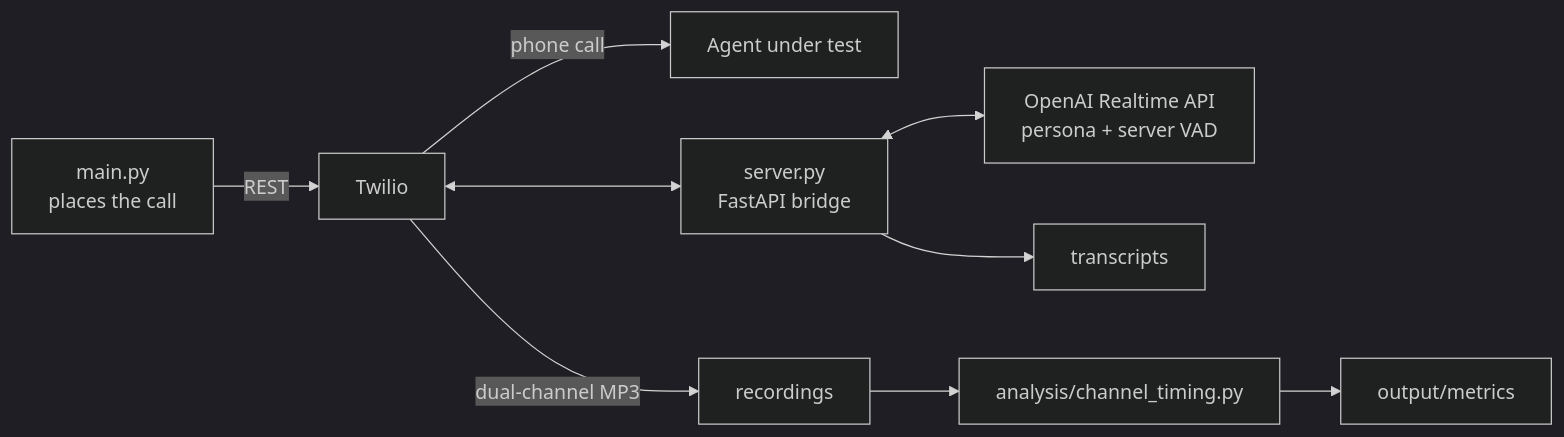
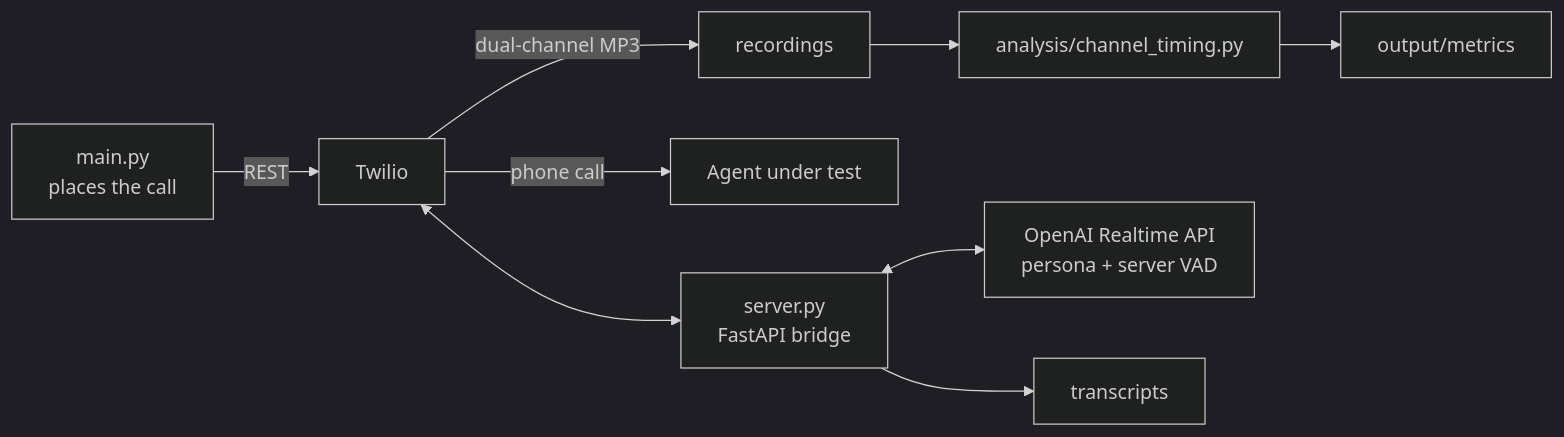
The diagram in README.md (RRB230899/realtime-voice-agent-harness), drawn with Mermaid (dark theme) before and after one commit. The commit also changed other lines of this file, not shown here.

Commit message:
Reorder architecture diagram

````diff
--- a/README.md
+++ b/README.md
@@ -37,11 +37,11 @@
 ```mermaid
 flowchart LR
     CLI["main.py<br/>places the call"] -->|REST| TW["Twilio"]
+    TW -->|dual-channel MP3| REC["recordings"]
+    REC --> AN["analysis/channel_timing.py"]
+    AN --> MET["output/metrics"]
     TW -->|phone call| AG["Agent under test"]
     TW <--> BR["server.py<br/>FastAPI bridge"]
     BR <--> OA["OpenAI Realtime API<br/>persona + server VAD"]
     BR --> TR["transcripts"]
-    TW -->|dual-channel MP3| REC["recordings"]
-    REC --> AN["analysis/channel_timing.py"]
-    AN --> MET["output/metrics"]
 ```
````
